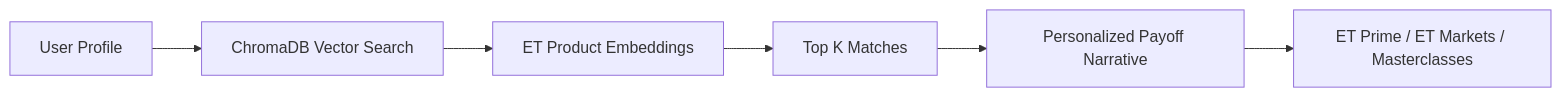
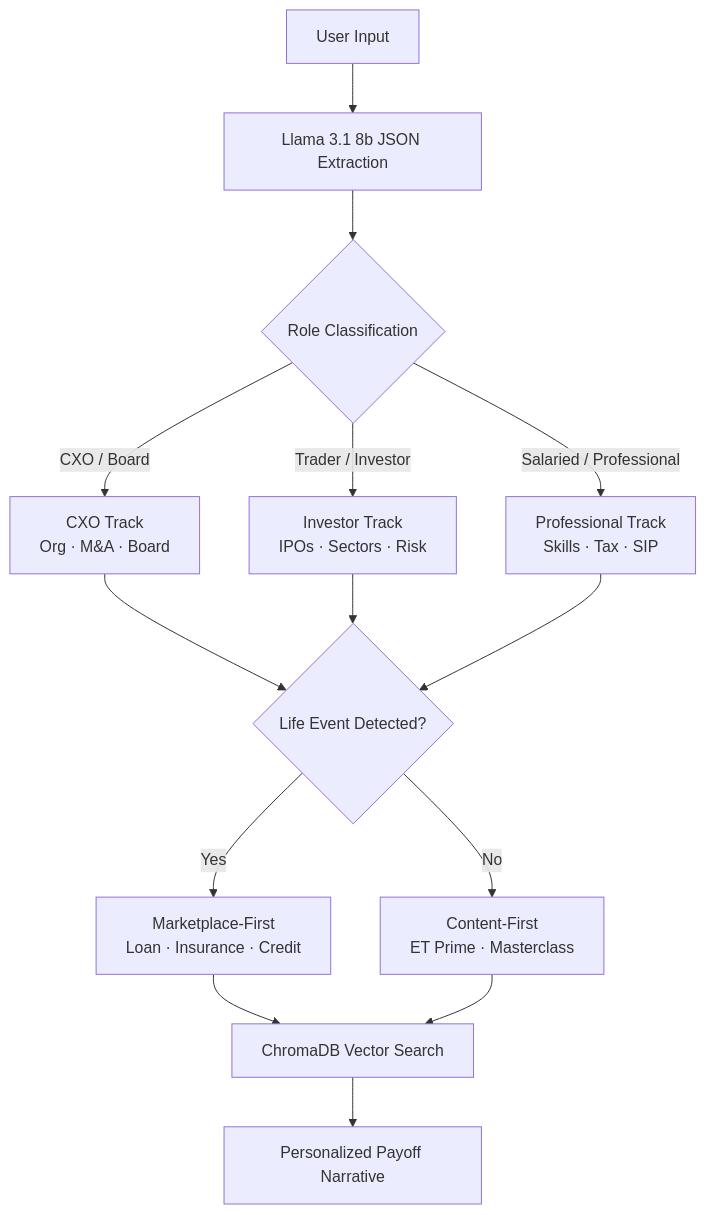
One commit to HarshitKumawat09/ET_AIConcierge changed the third of 7 diagrams in README.md. Above: the diagram before and after it, drawn with Mermaid. The commit also changed other lines of this file, not shown here.

````diff
--- a/README.md
+++ b/README.md
@@ -181,8 +343,13 @@
 ```mermaid
-flowchart LR
-    A[User Profile] --> B[ChromaDB Vector Search]
-    B --> C[ET Product Embeddings]
-    C --> D[Top K Matches]
-    D --> E[Personalized Payoff Narrative]
-    E --> F[ET Prime / ET Markets / Masterclasses]
+flowchart TD
+    A[User Input] --> B[Llama 3.1 8b JSON Extraction]
+    B --> C{Role Classification}
+    C -->|CXO / Board| D[CXO Track\nOrg · M&A · Board]
+    C -->|Trader / Investor| E[Investor Track\nIPOs · Sectors · Risk]
+    C -->|Salaried / Professional| F[Professional Track\nSkills · Tax · SIP]
+    D & E & F --> G{Life Event Detected?}
+    G -->|Yes| H[Marketplace-First\nLoan · Insurance · Credit]
+    G -->|No| I[Content-First\nET Prime · Masterclass]
+    H & I --> J[ChromaDB Vector Search]
+    J --> K[Personalized Payoff Narrative]
 ```
````
